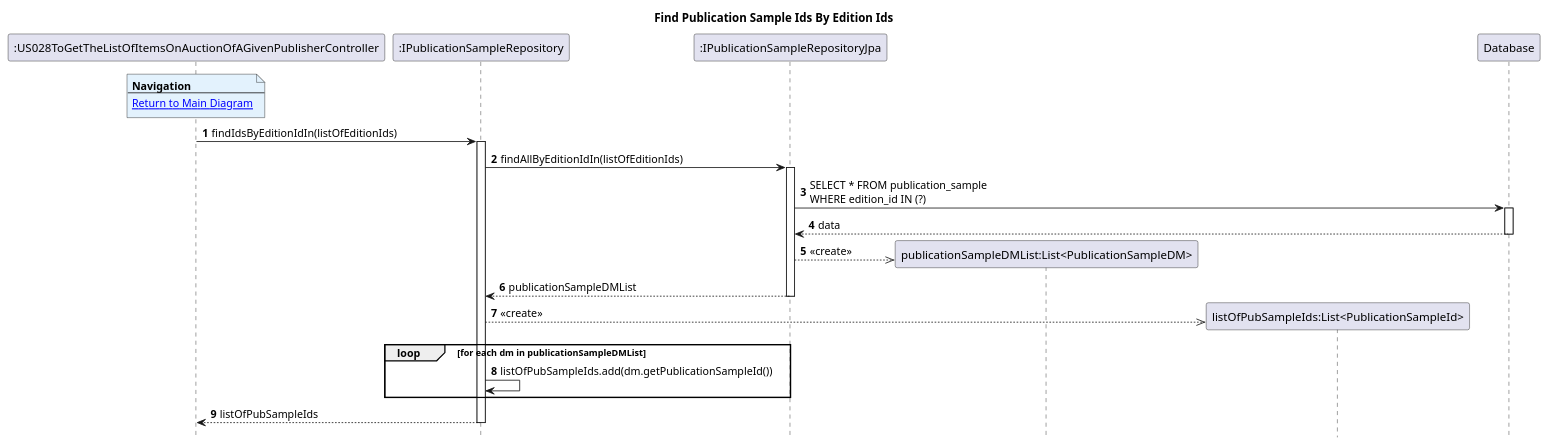
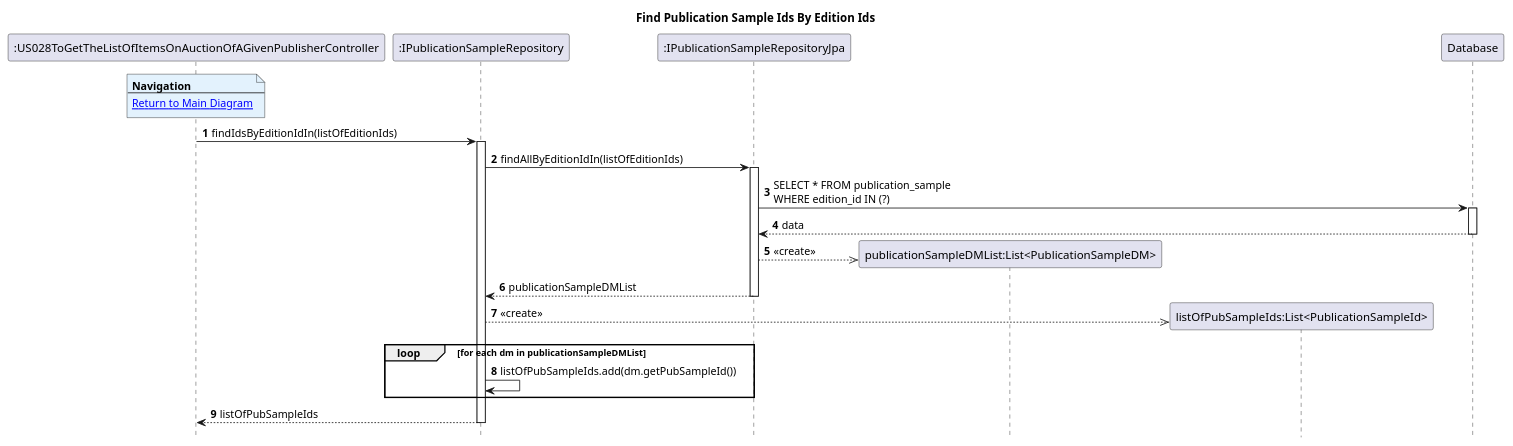
Before and after one commit to AndrePereiraGitH/SWitCH-Project-Team_A: the diagram in Diagrams/SequenceDiagrams/N2/To-get-list-of-items-on-auction-of-an-given-publisher/Find-Publication-Sample-Ids-By-Edition-Ids.puml, drawn with PlantUML. The commit also changed 3 other files, not shown here.

Commit message:
Doc #705 : fix and align diagrams with current design

```diff
--- a/Diagrams/SequenceDiagrams/N2/To-get-list-of-items-on-auction-of-an-given-publisher/Find-Publication-Sample-Ids-By-Edition-Ids.puml
+++ b/Diagrams/SequenceDiagrams/N2/To-get-list-of-items-on-auction-of-an-given-publisher/Find-Publication-Sample-Ids-By-Edition-Ids.puml
@@ -1,43 +1,43 @@
 @startuml
 hide footbox
 autonumber
 title Find Publication Sample Ids By Edition Ids
 
 participant ":US028ToGetTheListOfItemsOnAuctionOfAGivenPublisherController" as Ctrl
 participant ":IPublicationSampleRepository" as pubSampleRepo
 participant ":IPublicationSampleRepositoryJpa" as pubSampleJpa
 participant "publicationSampleDMList:List<PublicationSampleDM>" as publicationSampleDMList
 participant "listOfPubSampleIds:List<PublicationSampleId>" as listOfPubSampleIds
 participant "Database" as db
 
 note over Ctrl #E3F2FD
 <b>Navigation</b>
 ---
 [[./main.puml Return to Main Diagram]]
 end note
 
 Ctrl -> pubSampleRepo : findIdsByEditionIdIn(listOfEditionIds)
 activate pubSampleRepo
 
 pubSampleRepo -> pubSampleJpa : findAllByEditionIdIn(listOfEditionIds)
 activate pubSampleJpa
 
 pubSampleJpa -> db : SELECT * FROM publication_sample\nWHERE edition_id IN (?)
 activate db
 db --> pubSampleJpa : data
 deactivate db
 
 pubSampleJpa -->> publicationSampleDMList ** : <<create>>
 pubSampleJpa --> pubSampleRepo : publicationSampleDMList
 deactivate pubSampleJpa
 
 pubSampleRepo -->> listOfPubSampleIds ** : <<create>>
 
 loop for each dm in publicationSampleDMList
-    pubSampleRepo -> pubSampleRepo : listOfPubSampleIds.add(dm.getPublicationSampleId())
+    pubSampleRepo -> pubSampleRepo : listOfPubSampleIds.add(dm.getPubSampleId())
 end
 
 pubSampleRepo --> Ctrl : listOfPubSampleIds
 deactivate pubSampleRepo
 
 @enduml
```
